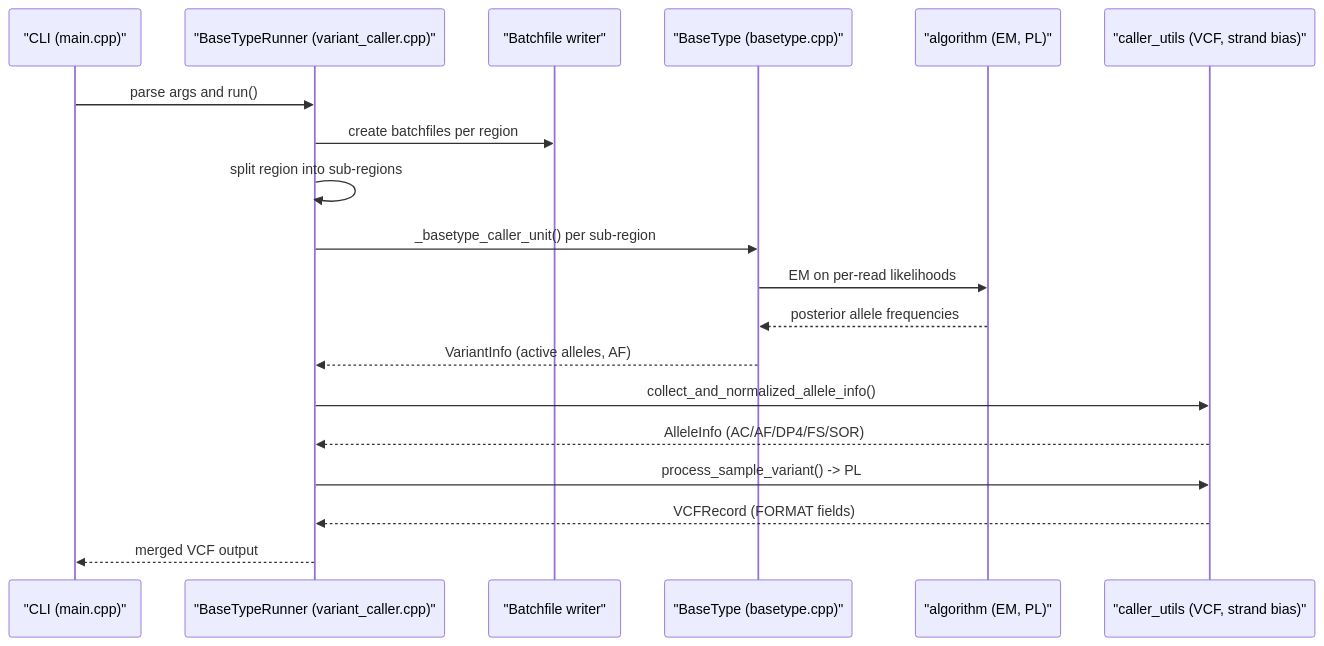
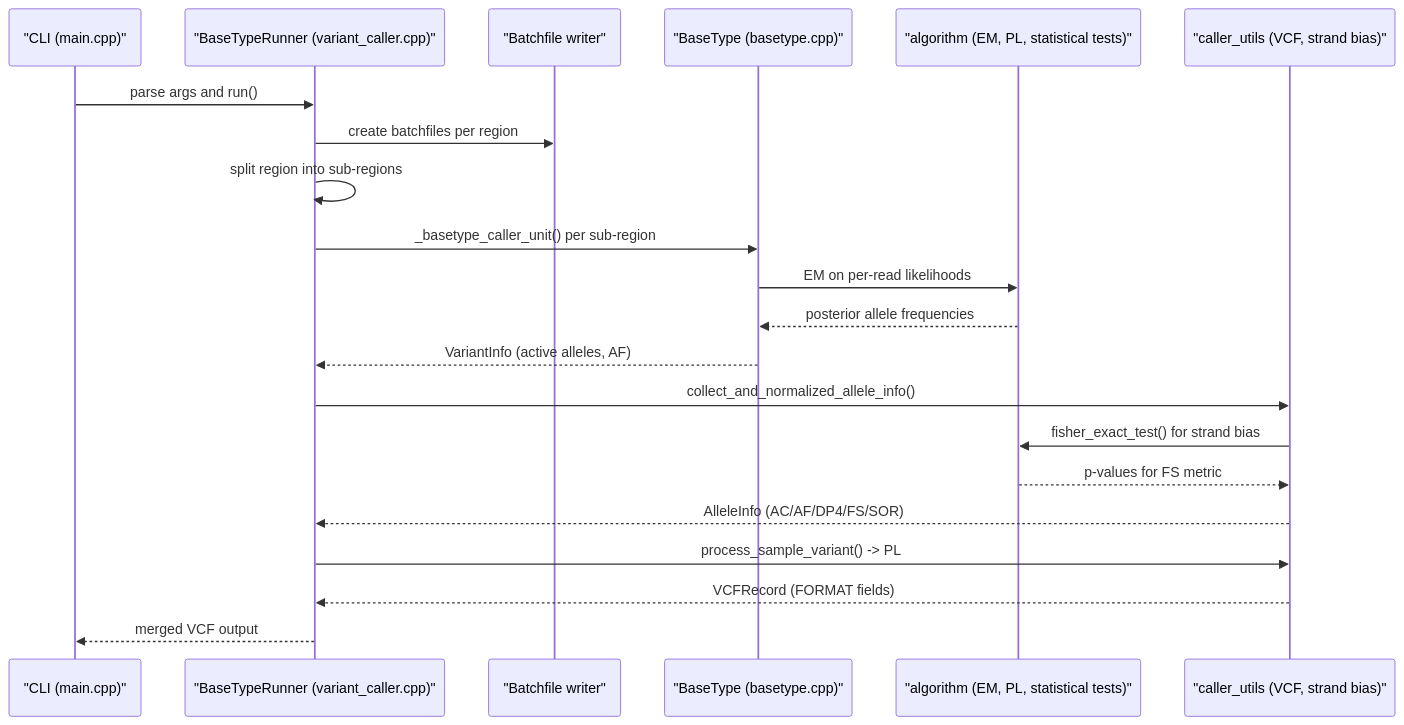
The second of 9 diagrams in .qoder/repowiki/en/content/Core Algorithm Architecture/Statistical Models and Probability Calculations.md (ShujiaHuang/BaseVar2), drawn with Mermaid before and after one commit. The commit also changed other lines of this file and 6 other files, not shown here.

````diff
--- a/.qoder/repowiki/en/content/Core Algorithm Architecture/Statistical Models and Probability Calculations.md
+++ b/.qoder/repowiki/en/content/Core Algorithm Architecture/Statistical Models and Probability Calculations.md
@@ -102,21 +120,23 @@
 ```mermaid
 sequenceDiagram
 participant CLI as "CLI (main.cpp)"
 participant Runner as "BaseTypeRunner (variant_caller.cpp)"
 participant Batch as "Batchfile writer"
 participant Infer as "BaseType (basetype.cpp)"
-participant Stats as "algorithm (EM, PL)"
+participant Stats as "algorithm (EM, PL, statistical tests)"
 participant Utils as "caller_utils (VCF, strand bias)"
 CLI->>Runner : parse args and run()
 Runner->>Batch : create batchfiles per region
 Runner->>Runner : split region into sub-regions
 Runner->>Infer : _basetype_caller_unit() per sub-region
 Infer->>Stats : EM on per-read likelihoods
 Stats-->>Infer : posterior allele frequencies
 Infer-->>Runner : VariantInfo (active alleles, AF)
 Runner->>Utils : collect_and_normalized_allele_info()
+Utils->>Stats : fisher_exact_test() for strand bias
+Stats-->>Utils : p-values for FS metric
 Utils-->>Runner : AlleleInfo (AC/AF/DP4/FS/SOR)
 Runner->>Utils : process_sample_variant() -> PL
 Utils-->>Runner : VCFRecord (FORMAT fields)
 Runner-->>CLI : merged VCF output
 ```
````
